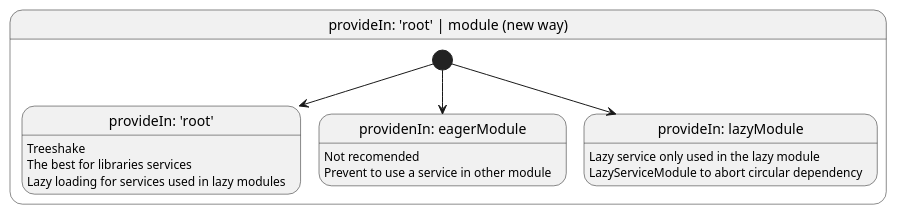
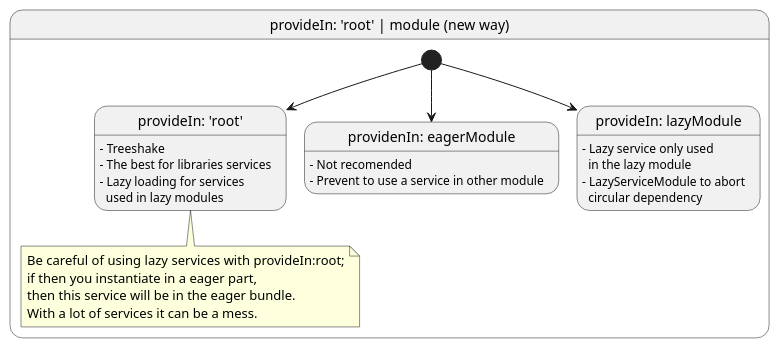
The diagram in docs/diagrams/new-way-DI.plantuml (PedroJesusRomeroOrtega/MarvelDI), drawn with PlantUML before and after one commit. The commit also changed 1 other file, not shown here.

Commit message:
note explaining lazy service

```diff
--- a/docs/diagrams/new-way-DI.plantuml
+++ b/docs/diagrams/new-way-DI.plantuml
@@ -1,19 +1,26 @@
 @startuml DependencyInjection
 
 state "provideIn: 'root' | module (new way)" as ProvideInNewWay{
   state "provideIn: 'root'" as ProvideInRoot
   [*] --> ProvideInRoot
-  ProvideInRoot : Treeshake
-  ProvideInRoot : The best for libraries services
-  ProvideInRoot : Lazy loading for services used in lazy modules
+  ProvideInRoot : - Treeshake
+  ProvideInRoot : - The best for libraries services
+  ProvideInRoot : - Lazy loading for services\n  used in lazy modules
   state "providenIn: eagerModule" as ProvideInEager
   [*] --> ProvideInEager
-  ProvideInEager : Not recomended
-  ProvideInEager: Prevent to use a service in other module
+  ProvideInEager : - Not recomended
+  ProvideInEager: - Prevent to use a service in other module
   state "provideIn: lazyModule" as ProvideInLazy
   [*] --> ProvideInLazy
-  ProvideInLazy : Lazy service only used in the lazy module
-  ProvideInLazy: LazyServiceModule to abort circular dependency
+  ProvideInLazy : - Lazy service only used\n  in the lazy module
+  ProvideInLazy: - LazyServiceModule to abort\n  circular dependency
+
+  note bottom of ProvideInRoot
+    Be careful of using lazy services with provideIn:root;
+    if then you instantiate in a eager part,
+    then this service will be in the eager bundle.
+    With a lot of services it can be a mess.
+  end note
 }
 
 @enduml
```
